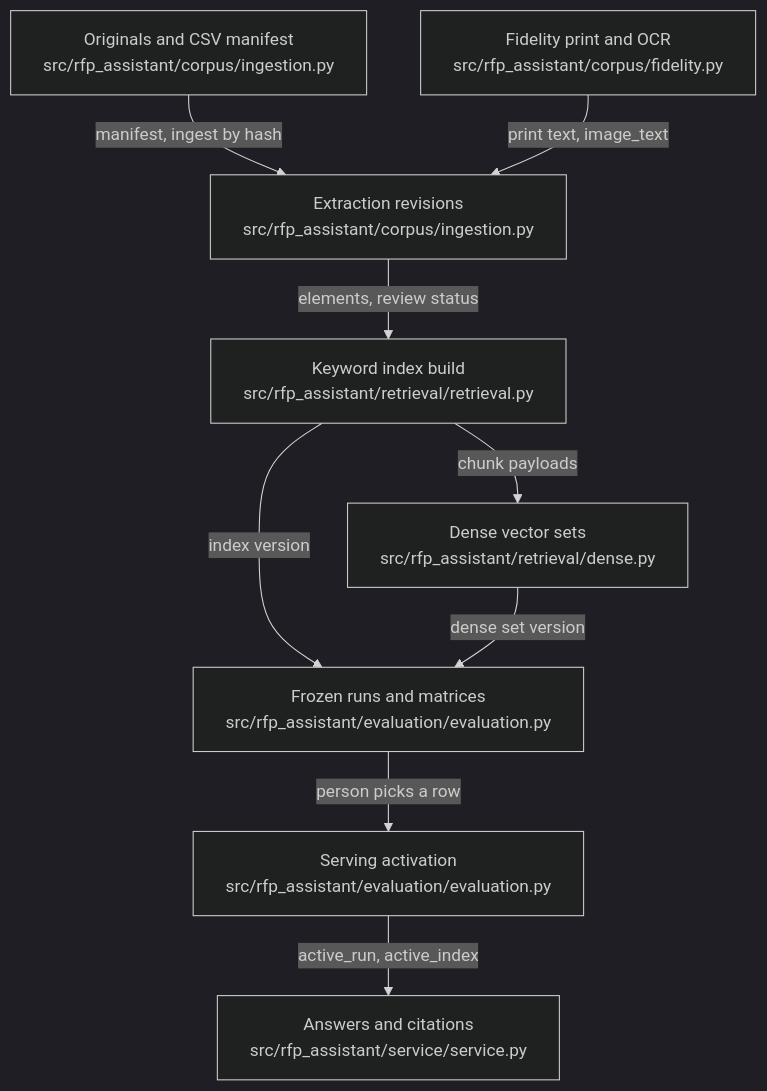
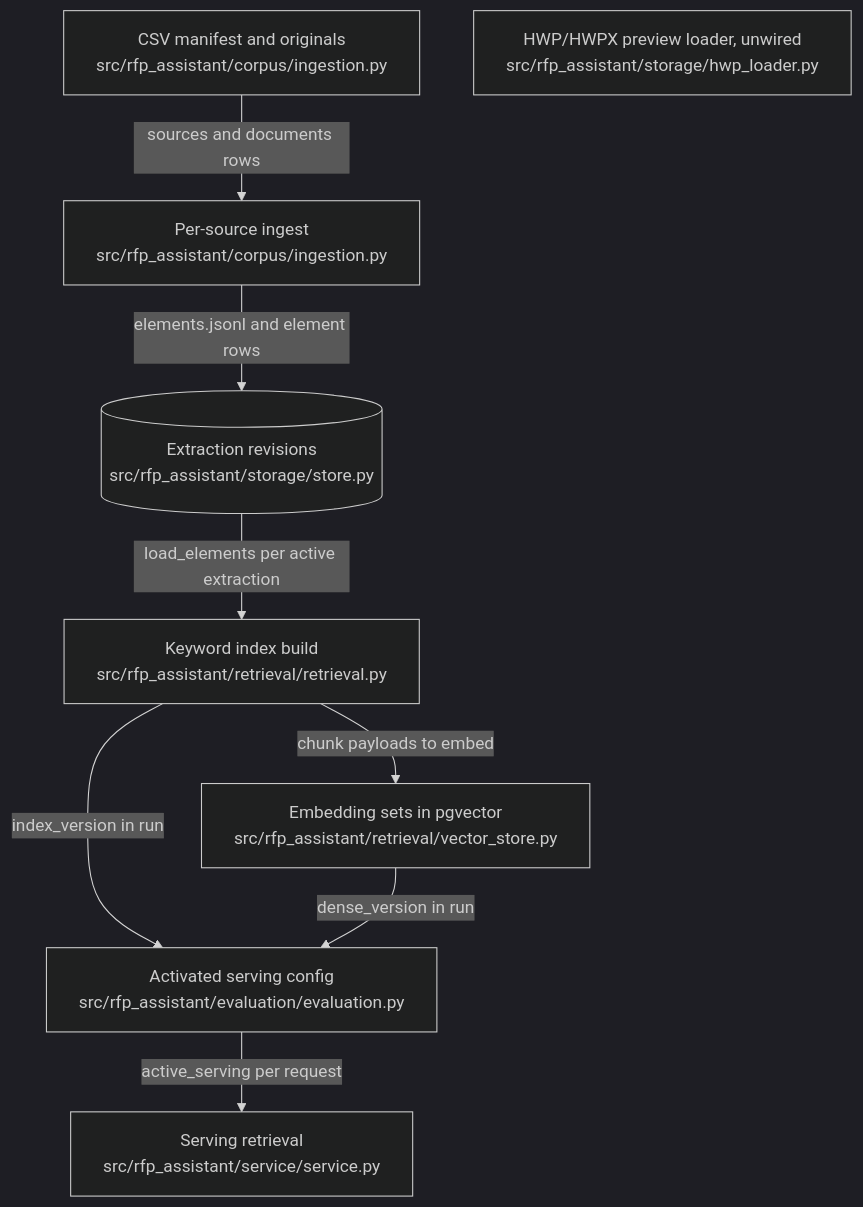
Before and after one commit to littleeeeebit/project-codeit-mid: the diagram in .omm/data-flow/diagram.mmd, drawn with Mermaid (dark theme). The commit also changed 353 other files, not shown here.

Commit message:
Refresh wiki and architecture before merge

```diff
--- a/.omm/data-flow/diagram.mmd
+++ b/.omm/data-flow/diagram.mmd
@@ -1,17 +1,9 @@
 graph TD
-  originals["Originals and CSV manifest\nsrc/rfp_assistant/corpus/ingestion.py"]
-  fidelity-ocr["Fidelity print and OCR\nsrc/rfp_assistant/corpus/fidelity.py"]
-  extractions["Extraction revisions\nsrc/rfp_assistant/corpus/ingestion.py"]
-  keyword-build["Keyword index build\nsrc/rfp_assistant/retrieval/retrieval.py"]
-  dense-build["Dense vector sets\nsrc/rfp_assistant/retrieval/dense.py"]
-  retrieval-runs["Frozen runs and matrices\nsrc/rfp_assistant/evaluation/evaluation.py"]
-  activation["Serving activation\nsrc/rfp_assistant/evaluation/evaluation.py"]
-  cited-evidence["Answers and citations\nsrc/rfp_assistant/service/service.py"]
-  originals -->|manifest, ingest by hash| extractions
-  fidelity-ocr -->|print text, image_text| extractions
-  extractions -->|elements, review status| keyword-build
-  keyword-build -->|chunk payloads| dense-build
-  keyword-build -->|index version| retrieval-runs
-  dense-build -->|dense set version| retrieval-runs
-  retrieval-runs -->|person picks a row| activation
-  activation -->|active_run, active_index| cited-evidence
+  manifest["CSV manifest and originals\nsrc/rfp_assistant/corpus/ingestion.py"] -->|sources and documents rows| ingest["Per-source ingest\nsrc/rfp_assistant/corpus/ingestion.py"]
+  ingest -->|elements.jsonl and element rows| extraction[("Extraction revisions\nsrc/rfp_assistant/storage/store.py")]
+  extraction -->|load_elements per active extraction| keyword["Keyword index build\nsrc/rfp_assistant/retrieval/retrieval.py"]
+  keyword -->|chunk payloads to embed| vectors["Embedding sets in pgvector\nsrc/rfp_assistant/retrieval/vector_store.py"]
+  keyword -->|index_version in run| activation["Activated serving config\nsrc/rfp_assistant/evaluation/evaluation.py"]
+  vectors -->|dense_version in run| activation
+  activation -->|active_serving per request| retrieval["Serving retrieval\nsrc/rfp_assistant/service/service.py"]
+  preview["HWP/HWPX preview loader, unwired\nsrc/rfp_assistant/storage/hwp_loader.py"]
```
